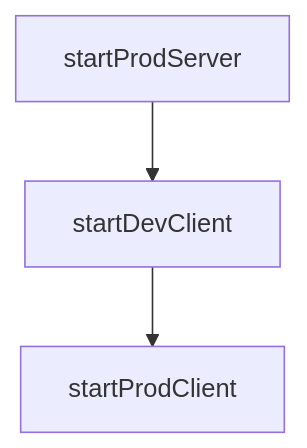
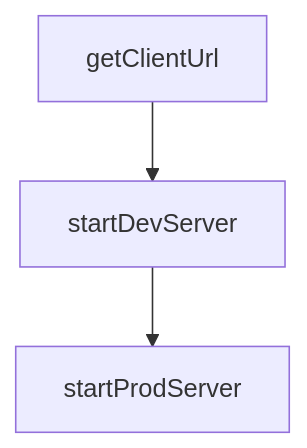
The diagram in tutorials/mcp-inspector-tutorial/04-cli-mode-automation-and-ci-loops.md (johnxie/awesome-code-docs), drawn with Mermaid before and after one commit. The commit also changed other lines of this file and 1232 other files, not shown here.

````diff
--- a/tutorials/mcp-inspector-tutorial/04-cli-mode-automation-and-ci-loops.md
+++ b/tutorials/mcp-inspector-tutorial/04-cli-mode-automation-and-ci-loops.md
@@ -186,8 +184,8 @@
 ```mermaid
 flowchart TD
-    A[startProdServer]
-    B[startDevClient]
-    C[startProdClient]
+    A[getClientUrl]
+    B[startDevServer]
+    C[startProdServer]
     A --> B
     B --> C
 ```
````
